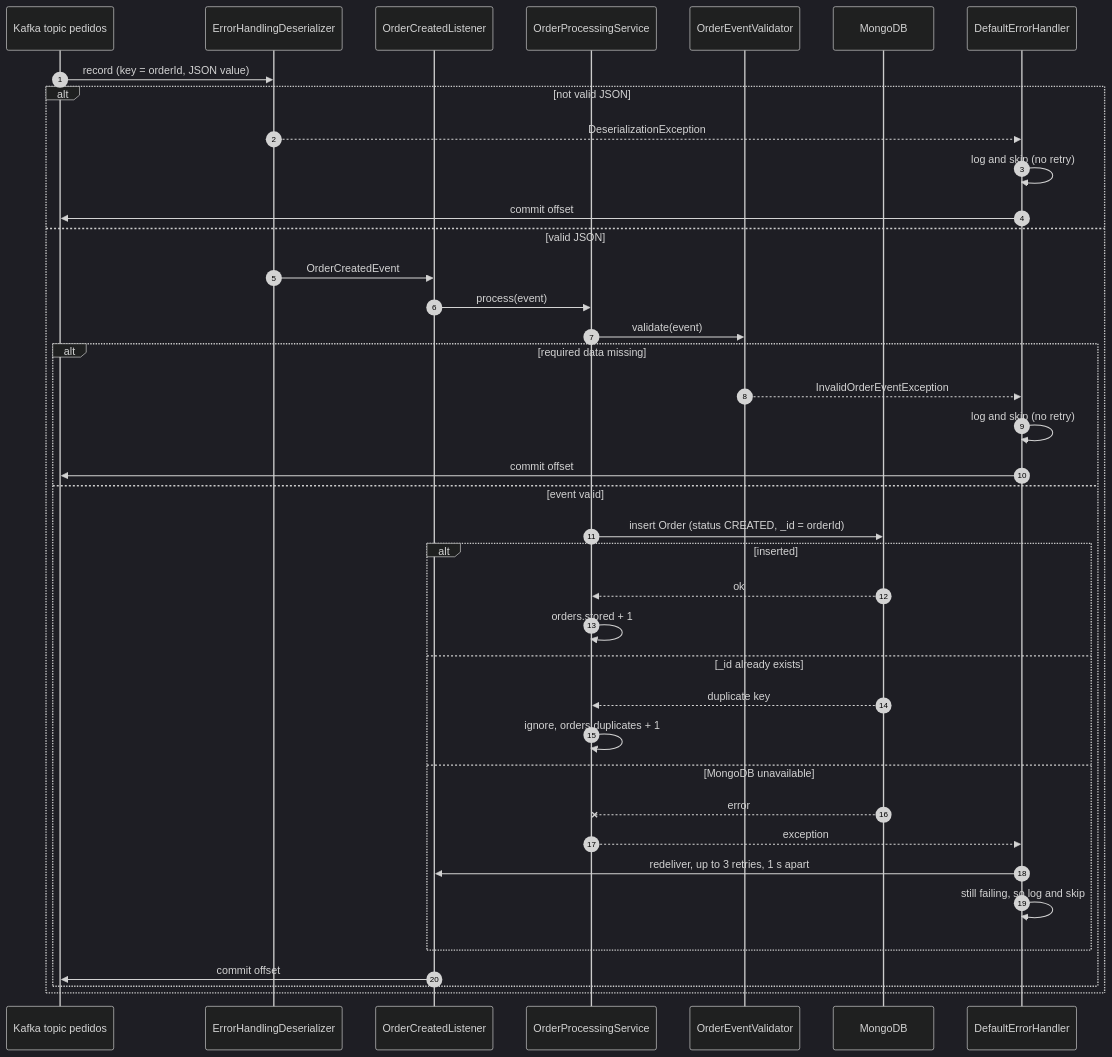
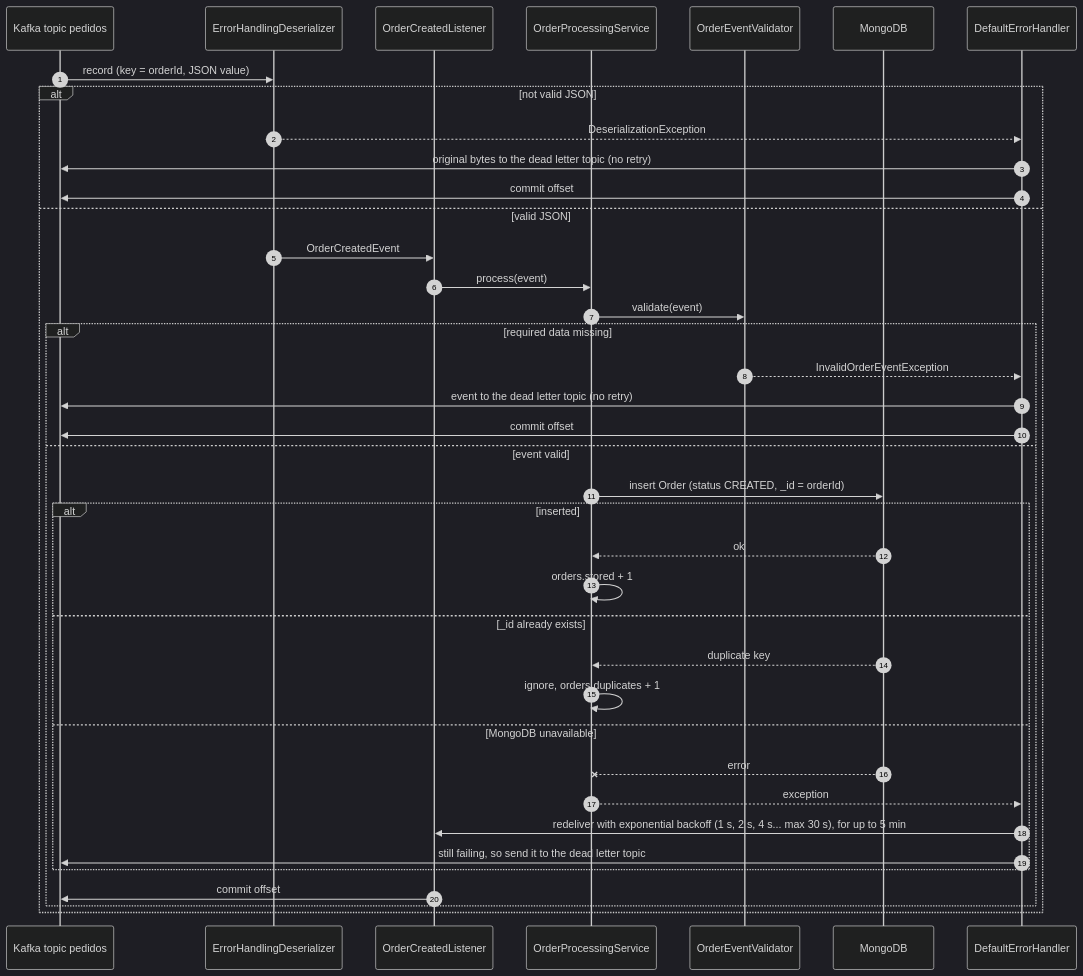
One commit to joaoalbertorsc/order-management-system changed the diagram in processing-service/docs/diagrams/consume-order-sequence.md. Above: the diagram before and after it, drawn with Mermaid (dark theme). The commit also changed other lines of this file and 7 other files, not shown here.

Commit message:
docs: describe the dead letter topics and the new retry policy

````diff
--- a/processing-service/docs/diagrams/consume-order-sequence.md
+++ b/processing-service/docs/diagrams/consume-order-sequence.md
@@ -3,42 +3,42 @@
 ```mermaid
 sequenceDiagram
     autonumber
     participant K as Kafka topic pedidos
     participant D as ErrorHandlingDeserializer
     participant L as OrderCreatedListener
     participant S as OrderProcessingService
     participant V as OrderEventValidator
     participant DB as MongoDB
     participant E as DefaultErrorHandler
 
     K->>D: record (key = orderId, JSON value)
     alt not valid JSON
         D-->>E: DeserializationException
-        E->>E: log and skip (no retry)
+        E->>K: original bytes to the dead letter topic (no retry)
         E->>K: commit offset
     else valid JSON
         D->>L: OrderCreatedEvent
         L->>S: process(event)
         S->>V: validate(event)
         alt required data missing
             V-->>E: InvalidOrderEventException
-            E->>E: log and skip (no retry)
+            E->>K: event to the dead letter topic (no retry)
             E->>K: commit offset
         else event valid
             S->>DB: insert Order (status CREATED, _id = orderId)
             alt inserted
                 DB-->>S: ok
                 S->>S: orders.stored + 1
             else _id already exists
                 DB-->>S: duplicate key
                 S->>S: ignore, orders.duplicates + 1
             else MongoDB unavailable
                 DB--xS: error
                 S-->>E: exception
-                E->>L: redeliver, up to 3 retries, 1 s apart
-                E->>E: still failing, so log and skip
+                E->>L: redeliver with exponential backoff (1 s, 2 s, 4 s... max 30 s), for up to 5 min
+                E->>K: still failing, so send it to the dead letter topic
             end
             L->>K: commit offset
         end
     end
 ```
````
